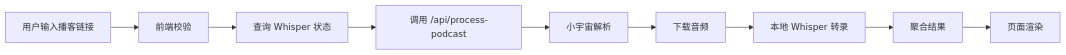
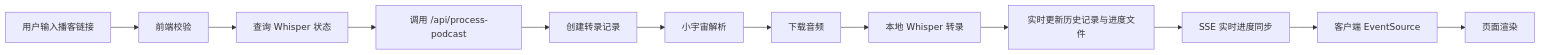
One commit to clawbotai/memo-flow changed diagram 13 of 13 in .qoder/repowiki/zh/content/架构设计/数据流设计.md. Above: the diagram before and after it, drawn with Mermaid. The commit also changed other lines of this file and 14 other files, not shown here.

First line of the commit message:
feat(api): 优化转录进度合并策略和详情视图功能

````diff
--- a/.qoder/repowiki/zh/content/架构设计/数据流设计.md
+++ b/.qoder/repowiki/zh/content/架构设计/数据流设计.md
@@ -422,11 +593,14 @@
 ```mermaid
 flowchart LR
 Input["用户输入播客链接"] --> Validate["前端校验"]
 Validate --> QueryStatus["查询 Whisper 状态"]
 QueryStatus --> Route["调用 /api/process-podcast"]
-Route --> Parse["小宇宙解析"]
+Route --> CreateRecord["创建转录记录"]
+CreateRecord --> Parse["小宇宙解析"]
 Parse --> Download["下载音频"]
 Download --> Transcribe["本地 Whisper 转录"]
-Transcribe --> Result["聚合结果"]
-Result --> Render["页面渲染"]
+Transcribe --> RealtimeUpdate["实时更新历史记录与进度文件"]
+RealtimeUpdate --> SSE["SSE 实时进度同步"]
+SSE --> Client["客户端 EventSource"]
+Client --> Render["页面渲染"]
 ```
````
